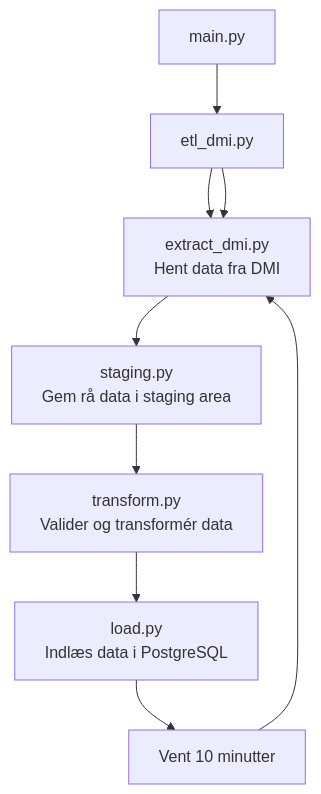
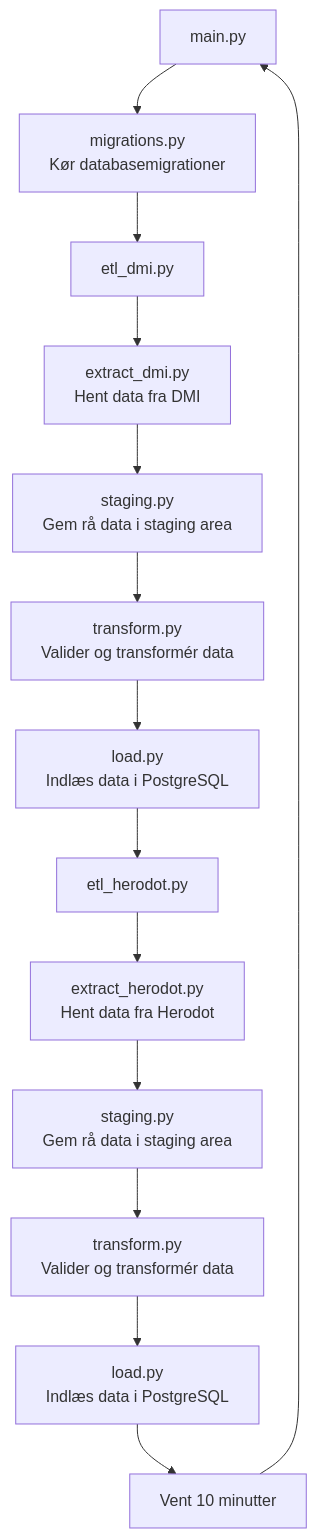
Before and after one commit to martinaik/opgave2: the first of 2 diagrams in README.md, drawn with Mermaid. The commit also changed other lines of this file, not shown here.

First line of the commit message:
Enhance README with Herodot API and visualization updates

````diff
--- a/README.md
+++ b/README.md
@@ -54,11 +62,16 @@
 ```mermaid
 flowchart TD
-    A[main.py] --> B[etl_dmi.py]
-    B --> C["migrations.py<br/>Kør databasemigrationer"]
-    B --> C["extract_dmi.py<br/>Hent data fra DMI"]
-    C --> D["staging.py<br/>Gem rå data i staging area"]
-    D --> E["transform.py<br/>Valider og transformér data"]
-    E --> F["load.py<br/>Indlæs data i PostgreSQL"]
-    F --> G[Vent 10 minutter]
-    G --> C
+    A[main.py] --> B["migrations.py<br/>Kør databasemigrationer"]
+    B --> C[etl_dmi.py]
+    C --> D["extract_dmi.py<br/>Hent data fra DMI"]
+    D --> E["staging.py<br/>Gem rå data i staging area"]
+    E --> F["transform.py<br/>Valider og transformér data"]
+    F --> G["load.py<br/>Indlæs data i PostgreSQL"]
+    G --> H[etl_herodot.py]
+    H --> I["extract_herodot.py<br/>Hent data fra Herodot"]
+    I --> J["staging.py<br/>Gem rå data i staging area"]
+    J --> K["transform.py<br/>Valider og transformér data"]
+    K --> L["load.py<br/>Indlæs data i PostgreSQL"]
+    L --> M[Vent 10 minutter]
+    M --> A
 ```
````
